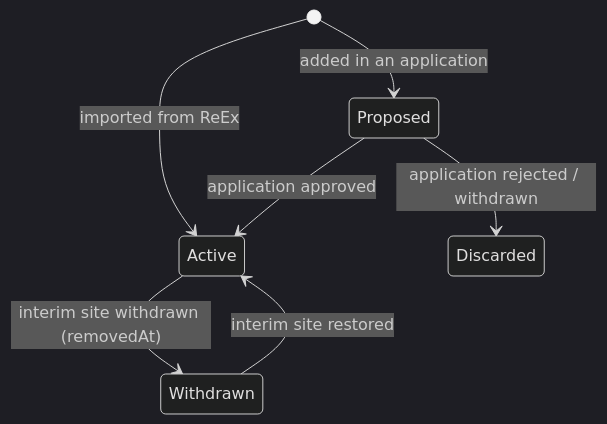
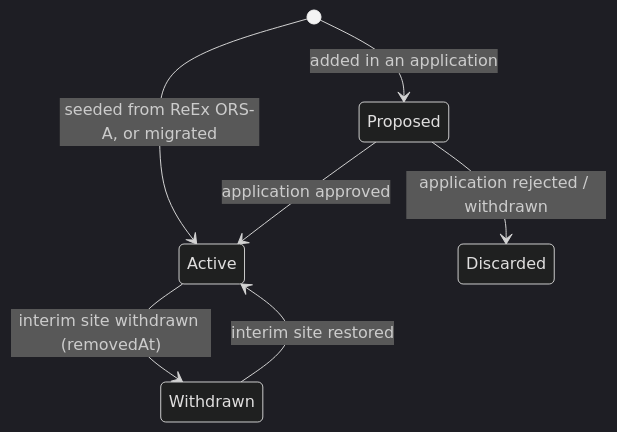
Before and after one commit to DEFRA/epr-register-enrol-backend: the sixth of 6 diagrams in docs/analysis/register-enrol-domain-model-design.md, drawn with Mermaid (dark theme). The commit also changed other lines of this file, not shown here.

````diff
--- a/docs/analysis/register-enrol-domain-model-design.md
+++ b/docs/analysis/register-enrol-domain-model-design.md
@@ -596,9 +620,9 @@
 ```mermaid
 stateDiagram-v2
-    [*] --> Active : imported from ReEx
+    [*] --> Active : seeded from ReEx ORS-A, or migrated
     [*] --> Proposed : added in an application
     Proposed --> Active : application approved
     Proposed --> Discarded : application rejected / withdrawn
     Active --> Withdrawn : interim site withdrawn (removedAt)
     Withdrawn --> Active : interim site restored
 ```
````
